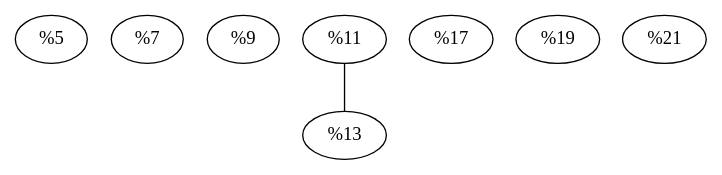
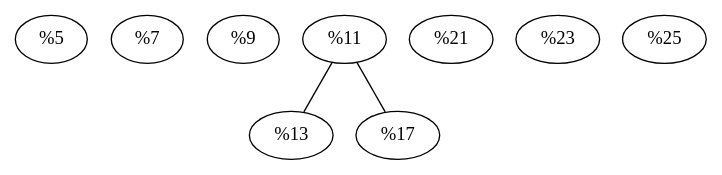
The diagram in week-38/collatz-phi.ll.dot (s1gtrap/bachelors-notes), drawn with Graphviz before and after one commit. The commit also changed 1 other file, not shown here.

```diff
--- a/week-38/collatz-phi.ll.dot
+++ b/week-38/collatz-phi.ll.dot
@@ -1,9 +1,10 @@
 graph {
     "%arg1ptr"
     "%arg1str"
     "%x0"
     "%x1" -- "%x2"
+    "%x1" -- "%rax, %rcx, .."
     "%x3"
     "%x4"
     "%x5"
 }
```
